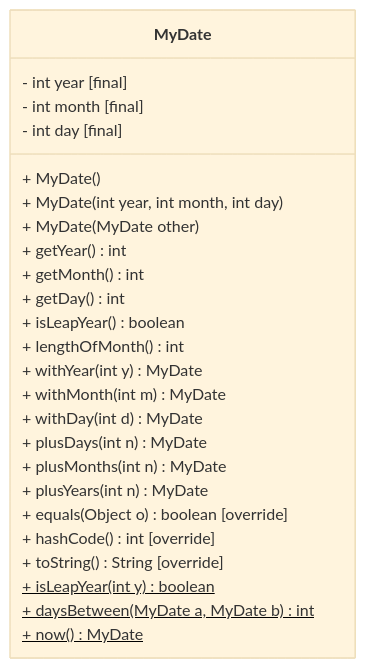
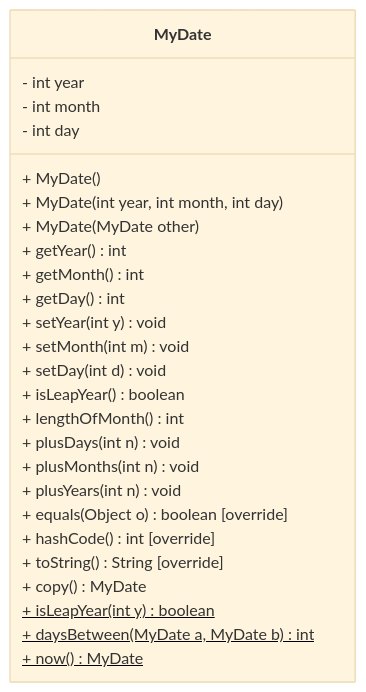
Before and after one commit to TroelsMortensen/Codelabs2: the diagram in Articles/Session 9 - Extra exercises/002 MyDate exercise.md, drawn with Mermaid (base theme). The commit also changed other lines of this file and 1 other file, not shown here.

Commit message:
update to exercises

````diff
--- a/Articles/Session 9 - Extra exercises/002 MyDate exercise.md
+++ b/Articles/Session 9 - Extra exercises/002 MyDate exercise.md
@@ -12,28 +12,29 @@
 ```mermaid
 classDiagram
     class MyDate {
-        - int year [final]
-        - int month [final]
-        - int day [final]
+        - int year
+        - int month
+        - int day
         + MyDate()
         + MyDate(int year, int month, int day)
         + MyDate(MyDate other)
         + getYear() int
         + getMonth() int
         + getDay() int
+        + setYear(int y) void
+        + setMonth(int m) void
+        + setDay(int d) void
         + isLeapYear() boolean
         + lengthOfMonth() int
-        + withYear(int y) MyDate
-        + withMonth(int m) MyDate
-        + withDay(int d) MyDate
-        + plusDays(int n) MyDate
-        + plusMonths(int n) MyDate
-        + plusYears(int n) MyDate
+        + plusDays(int n) void
+        + plusMonths(int n) void
+        + plusYears(int n) void
         + equals(Object o) boolean [override]
         + hashCode() int [override]
         + toString() String [override]
+        + copy() MyDate
         + isLeapYear(int y) boolean$
         + daysBetween(MyDate a, MyDate b) int$
         + now() MyDate$
     }
 ```
````
